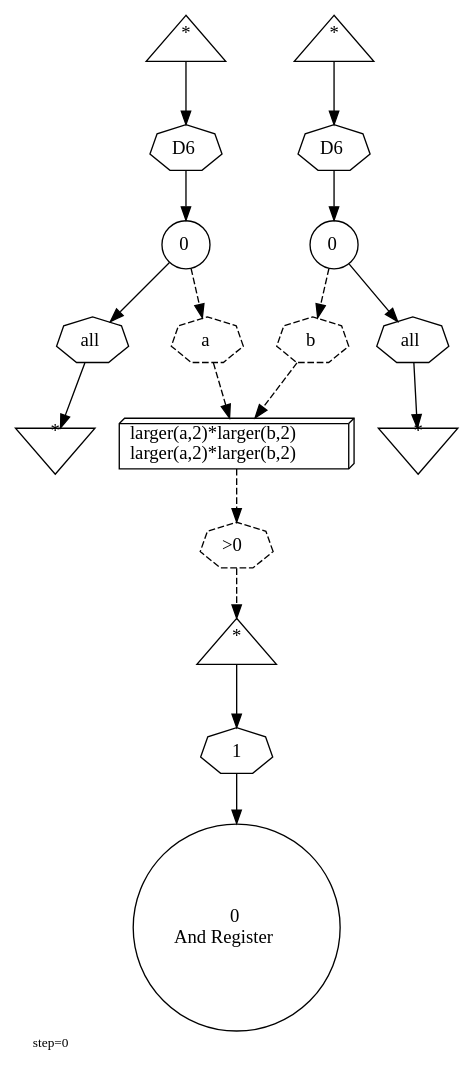
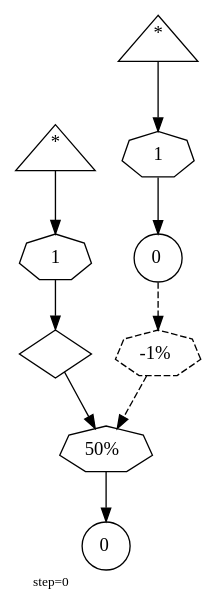
The diagram in ours/101-connections/0026.dot (abarbu/machinations), drawn with Graphviz before and after one commit. The commit also changed 200 other files, not shown here.

```diff
--- a/ours/101-connections/0026.dot
+++ b/ours/101-connections/0026.dot
@@ -1,36 +1,20 @@
 digraph {
   graph  [labelloc=bottom,labeljust=left,fontsize="10",label="step=0"];
-  "6070" [shape=triangle,peripheries="1",label=<<SUP>*</SUP>>,labelfontcolor=black,color=black];
-  "6071" [shape=circle,peripheries="1",label=<0>,labelfontcolor=black,color=black];
-  "6073" [shape=invtriangle,peripheries="1",label=<<SUP>*</SUP>>,labelfontcolor=black,color=black];
-  "6075" [shape=triangle,peripheries="1",label=<<SUP>*</SUP>>,labelfontcolor=black,color=black];
-  "6076" [shape=circle,peripheries="1",label=<0>,labelfontcolor=black,color=black];
-  "6078" [shape=invtriangle,peripheries="1",label=<<SUP>*</SUP>>,labelfontcolor=black,color=black];
-  "6080" [shape=box3d,peripheries="1",label=<larger(a,2)*larger(b,2)<BR />larger(a,2)*larger(b,2)>,labelfontcolor=black,color=black];
-  "6083" [shape=triangle,peripheries="1",label=<<SUP>*</SUP>>,labelfontcolor=black,color=black];
-  "6084" [shape=circle,peripheries="1",label=<0<BR />And Register>,labelfontcolor=black,color=black];
-  "6072" [label=<D6>,peripheries="1",color=black,shape=septagon];
-  "6070" -> "6072" [color=black];
-  "6072" -> "6071" [color=black];
-  "6074" [label=<all>,peripheries="1",color=black,shape=septagon];
-  "6071" -> "6074" [color=black];
-  "6074" -> "6073" [color=black];
-  "6077" [label=<D6>,peripheries="1",color=black,shape=septagon];
-  "6075" -> "6077" [color=black];
-  "6077" -> "6076" [color=black];
-  "6079" [label=<all>,peripheries="1",color=black,shape=septagon];
-  "6076" -> "6079" [color=black];
-  "6079" -> "6078" [color=black];
-  "6085" [label=<1>,peripheries="1",color=black,shape=septagon];
-  "6083" -> "6085" [color=black];
-  "6085" -> "6084" [color=black];
-  "6081" [label=<a>,peripheries="1",color=black,style=dashed,shape=septagon];
-  "6071" -> "6081" [style=dashed,color=black];
-  "6081" -> "6080" [style=dashed,color=black];
-  "6082" [label=<b>,peripheries="1",color=black,style=dashed,shape=septagon];
-  "6076" -> "6082" [style=dashed,color=black];
-  "6082" -> "6080" [style=dashed,color=black];
-  "6086" [label=<&gt;0>,peripheries="1",color=black,style=dashed,shape=septagon];
-  "6080" -> "6086" [style=dashed,color=black];
-  "6086" -> "6083" [style=dashed,color=black];
+  "198" [shape=triangle,peripheries="1",label=<<SUP>*</SUP>>,labelfontcolor=black,color=black];
+  "199" [shape=triangle,peripheries="1",label=<<SUP>*</SUP>>,labelfontcolor=black,color=black];
+  "200" [shape=circle,peripheries="1",label=<0>,labelfontcolor=black,color=black];
+  "202" [shape=circle,peripheries="1",label=<0>,labelfontcolor=black,color=black];
+  "203" [shape=diamond,peripheries="1",label="",labelfontcolor=black,color=black];
+  "201" [label=<1>,peripheries="1",color=black,shape=septagon];
+  "199" -> "201" [color=black];
+  "201" -> "200" [color=black];
+  "204" [label=<1>,peripheries="1",color=black,shape=septagon];
+  "198" -> "204" [color=black];
+  "204" -> "203" [color=black];
+  "205" [label=<50%>,peripheries="1",color=black,shape=septagon];
+  "203" -> "205" [color=black];
+  "205" -> "202" [color=black];
+  "206" [label=<-1%>,peripheries="1",color=black,style=dashed,shape=septagon];
+  "200" -> "206" [style=dashed,color=black];
+  "206" -> "205" [style=dashed,color=black];
 }
```
